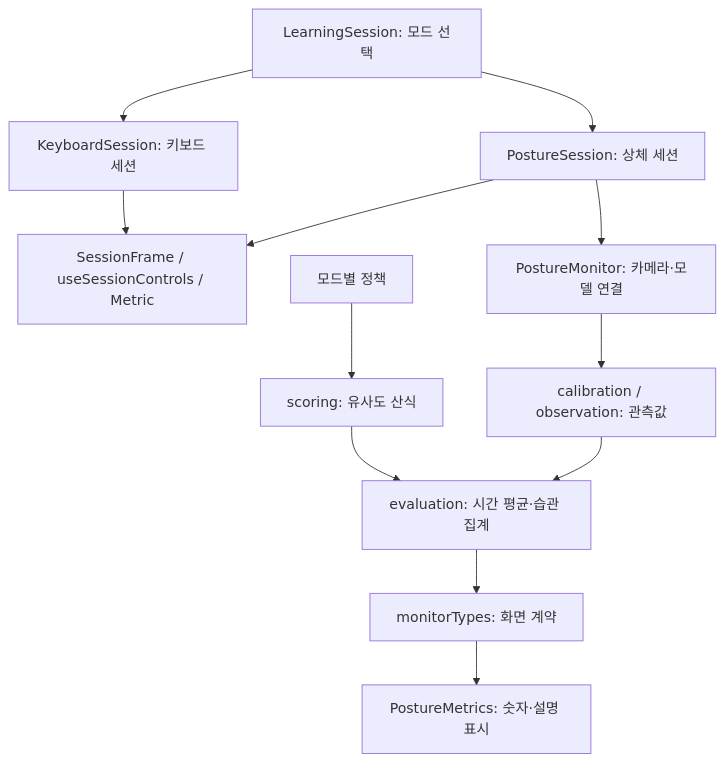
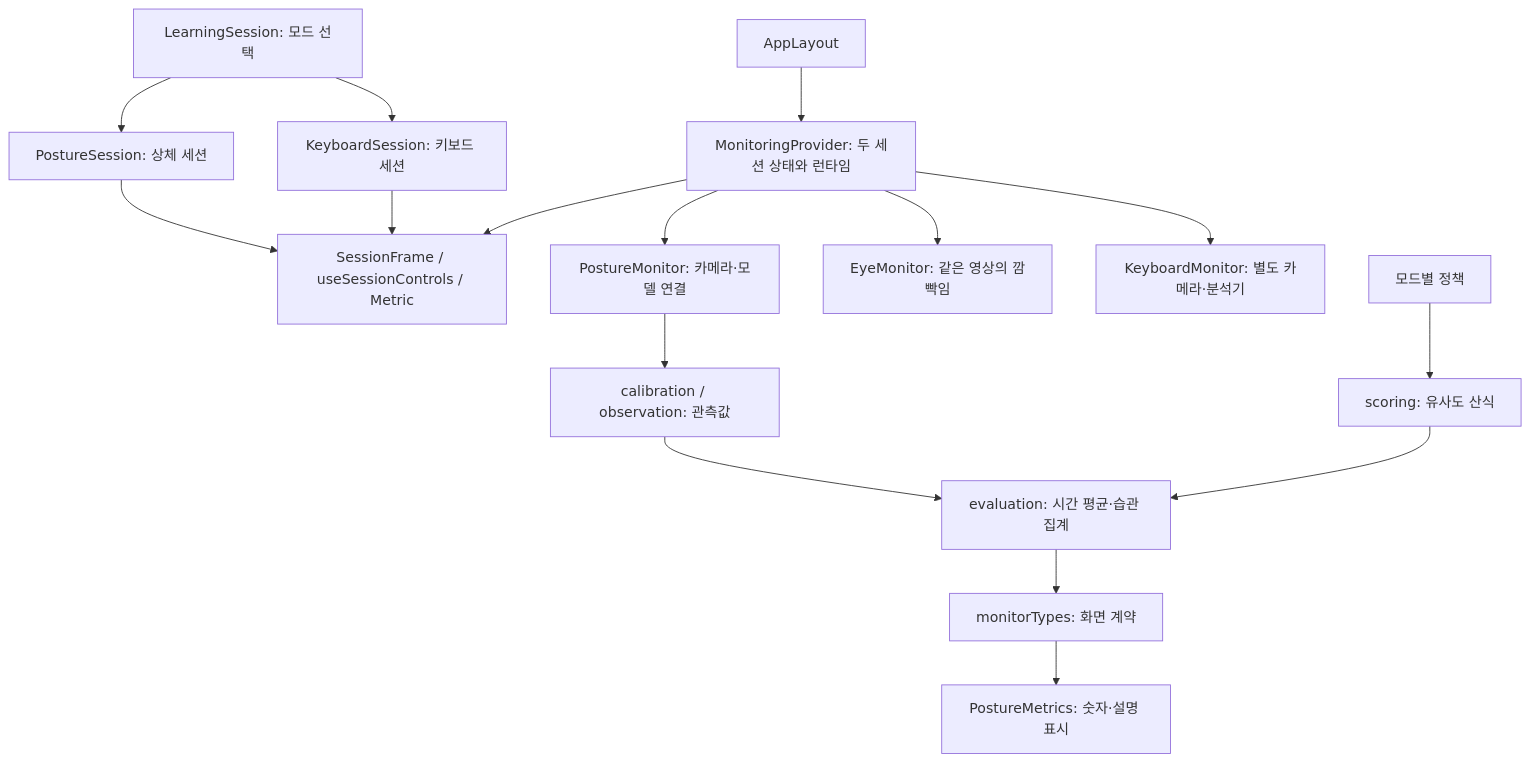
One commit to Attraaa/Graduation-Project changed the diagram in docs/collaboration.md. Above: the diagram before and after it, drawn with Mermaid. The commit also changed other lines of this file and 58 other files, not shown here.

````diff
--- a/docs/collaboration.md
+++ b/docs/collaboration.md
@@ -5,14 +5,18 @@
 ```mermaid
 flowchart TD
   Route[LearningSession: 모드 선택] --> PS[PostureSession: 상체 세션]
   Route --> KS[KeyboardSession: 키보드 세션]
   PS --> Shared[SessionFrame / useSessionControls / Metric]
   KS --> Shared
-  PS --> Monitor[PostureMonitor: 카메라·모델 연결]
+  App[AppLayout] --> Runtime[MonitoringProvider: 두 세션 상태와 런타임]
+  Runtime --> Monitor[PostureMonitor: 카메라·모델 연결]
+  Runtime --> Eye[EyeMonitor: 같은 영상의 깜빡임]
+  Runtime --> Keys[KeyboardMonitor: 별도 카메라·분석기]
+  Runtime --> Shared
   Monitor --> Geometry[calibration / observation: 관측값]
   Geometry --> Eval[evaluation: 시간 평균·습관 집계]
   Policy[모드별 정책] --> Score[scoring: 유사도 산식]
   Score --> Eval
   Eval --> Snapshot[monitorTypes: 화면 계약]
   Snapshot --> Metrics[PostureMetrics: 숫자·설명 표시]
 ```
````
